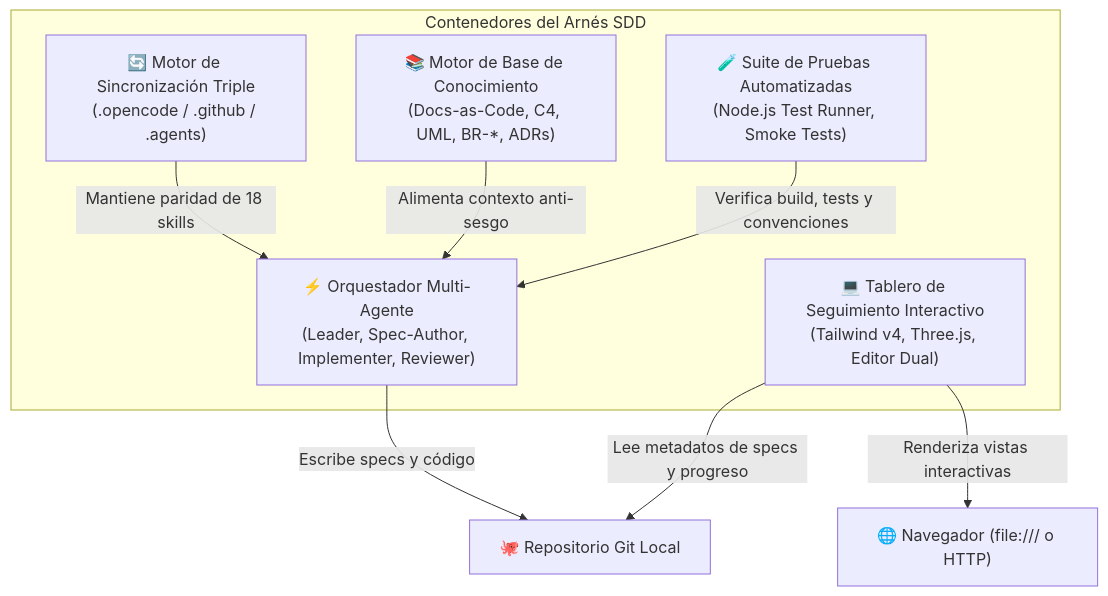
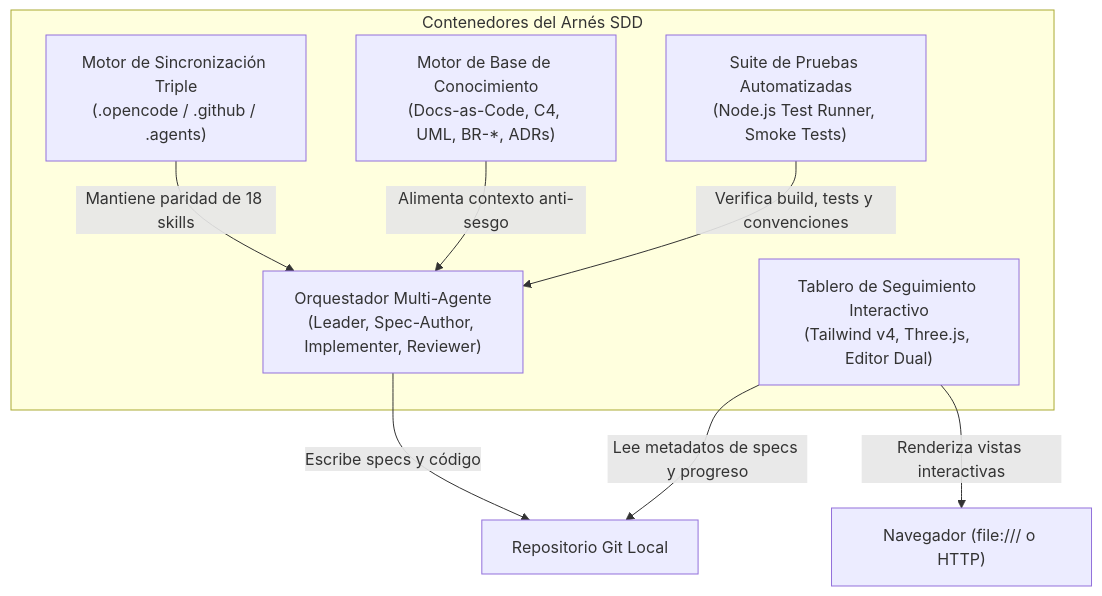
The second of 3 diagrams in project-docs/knowledge/c4-model.md (Nayid4/ContextForge), drawn with Mermaid before and after one commit. The commit also changed other lines of this file and 32 other files, not shown here.

````diff
--- a/project-docs/knowledge/c4-model.md
+++ b/project-docs/knowledge/c4-model.md
@@ -33,20 +33,20 @@
 ```mermaid
 flowchart TD
   subgraph HarnessContainers["Contenedores del Arnés SDD"]
-    containerOrchestrator["⚡ Orquestador Multi-Agente<br/>(Leader, Spec-Author, Implementer, Reviewer)"]
-    containerTripleSync["🔄 Motor de Sincronización Triple<br/>(.opencode / .github / .agents)"]
-    containerKnowledge["📚 Motor de Base de Conocimiento<br/>(Docs-as-Code, C4, UML, BR-*, ADRs)"]
-    containerDashboard["💻 Tablero de Seguimiento Interactivo<br/>(Tailwind v4, Three.js, Editor Dual)"]
-    containerTestRunner["🧪 Suite de Pruebas Automatizadas<br/>(Node.js Test Runner, Smoke Tests)"]
+    containerOrchestrator["Orquestador Multi-Agente<br/>(Leader, Spec-Author, Implementer, Reviewer)"]
+    containerTripleSync["Motor de Sincronización Triple<br/>(.opencode / .github / .agents)"]
+    containerKnowledge["Motor de Base de Conocimiento<br/>(Docs-as-Code, C4, UML, BR-*, ADRs)"]
+    containerDashboard["Tablero de Seguimiento Interactivo<br/>(Tailwind v4, Three.js, Editor Dual)"]
+    containerTestRunner["Suite de Pruebas Automatizadas<br/>(Node.js Test Runner, Smoke Tests)"]
   end
 
-  gitRepo["🐙 Repositorio Git Local"]
-  userView["🌐 Navegador (file:/// o HTTP)"]
+  gitRepo["Repositorio Git Local"]
+  userView["Navegador (file:/// o HTTP)"]
 
   containerOrchestrator -->|"Escribe specs y código"| gitRepo
   containerTripleSync -->|"Mantiene paridad de 18 skills"| containerOrchestrator
   containerKnowledge -->|"Alimenta contexto anti-sesgo"| containerOrchestrator
   containerDashboard -->|"Lee metadatos de specs y progreso"| gitRepo
   containerDashboard -->|"Renderiza vistas interactivas"| userView
   containerTestRunner -->|"Verifica build, tests y convenciones"| containerOrchestrator
 ```
````
